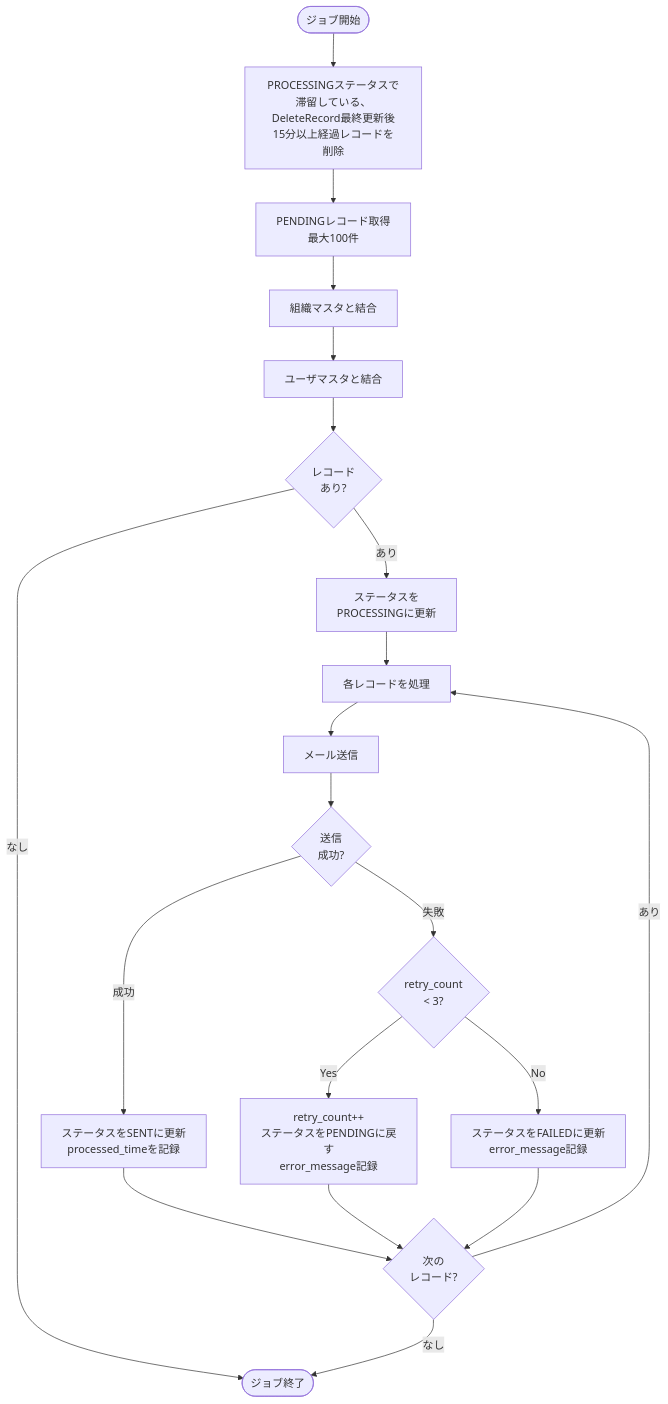
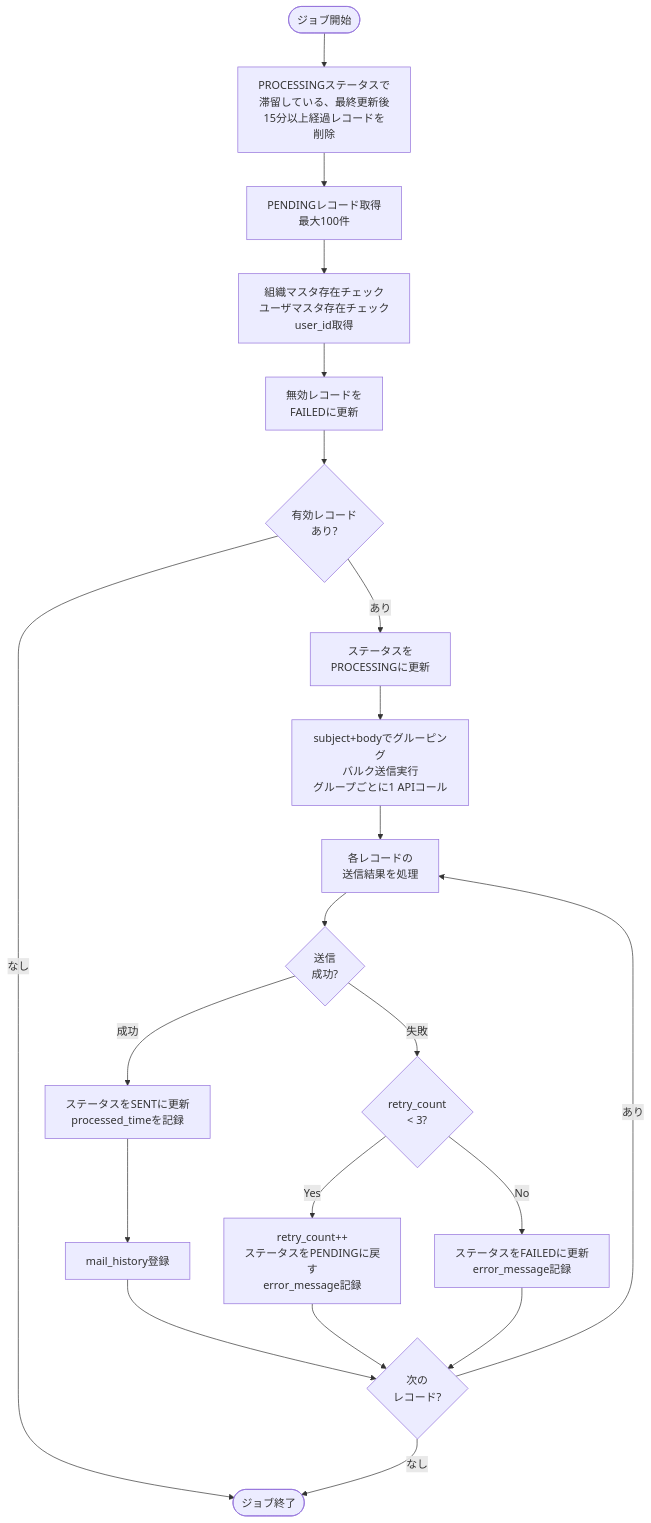
Before and after one commit to NSW-SVCP-AIWG002/Databricks-IoT: the diagram in docs/03-features/batch/scheduled-email-job/job-specification.md, drawn with Mermaid. The commit also changed other lines of this file and 1 other file, not shown here.

````diff
--- a/docs/03-features/batch/scheduled-email-job/job-specification.md
+++ b/docs/03-features/batch/scheduled-email-job/job-specification.md
@@ -57,27 +59,28 @@
 ```mermaid
 flowchart TD
-    Start([ジョブ開始]) --> DeleteRecord[PROCESSINGステータスで<br>滞留している、DeleteRecord最終更新後<br>15分以上経過レコードを<br>削除]
+    Start([ジョブ開始]) --> DeleteRecord[PROCESSINGステータスで<br>滞留している、最終更新後<br>15分以上経過レコードを<br>削除]
     DeleteRecord --> Fetch[PENDINGレコード取得<br>最大100件]
-    Fetch -->JoinOrg[組織マスタと結合]
-    JoinOrg --> JoinUser[ユーザマスタと結合]
-    JoinUser --> Check{レコード<br>あり?}
+    Fetch --> MasterCheck[組織マスタ存在チェック<br>ユーザマスタ存在チェック<br>user_id取得]
+    MasterCheck --> InvalidFailed[無効レコードを<br>FAILEDに更新]
+    InvalidFailed --> Check{有効レコード<br>あり?}
     Check -->|なし| End([ジョブ終了])
     Check -->|あり| UpdateProcessing[ステータスを<br>PROCESSINGに更新]
-    UpdateProcessing --> Loop[各レコードを処理]
+    UpdateProcessing --> BulkSend[subject+bodyでグルーピング<br>バルク送信実行<br>グループごとに1 APIコール]
+    BulkSend --> Loop[各レコードの<br>送信結果を処理]
 
-    Loop --> Send[メール送信]
-    Send --> Result{送信<br>成功?}
+    Loop --> Result{送信<br>成功?}
 
     Result -->|成功| UpdateSent[ステータスをSENTに更新<br>processed_timeを記録]
     Result -->|失敗| CheckRetry{retry_count<br>< 3?}
 
     CheckRetry -->|Yes| IncrementRetry[retry_count++<br>ステータスをPENDINGに戻す<br>error_message記録]
     CheckRetry -->|No| UpdateFailed[ステータスをFAILEDに更新<br>error_message記録]
 
-    UpdateSent --> Next{次の<br>レコード?}
+    UpdateSent --> RecordHistory[mail_history登録]
+    RecordHistory --> Next{次の<br>レコード?}
     IncrementRetry --> Next
     UpdateFailed --> Next
 
     Next -->|あり| Loop
     Next -->|なし| End
 ```
````
